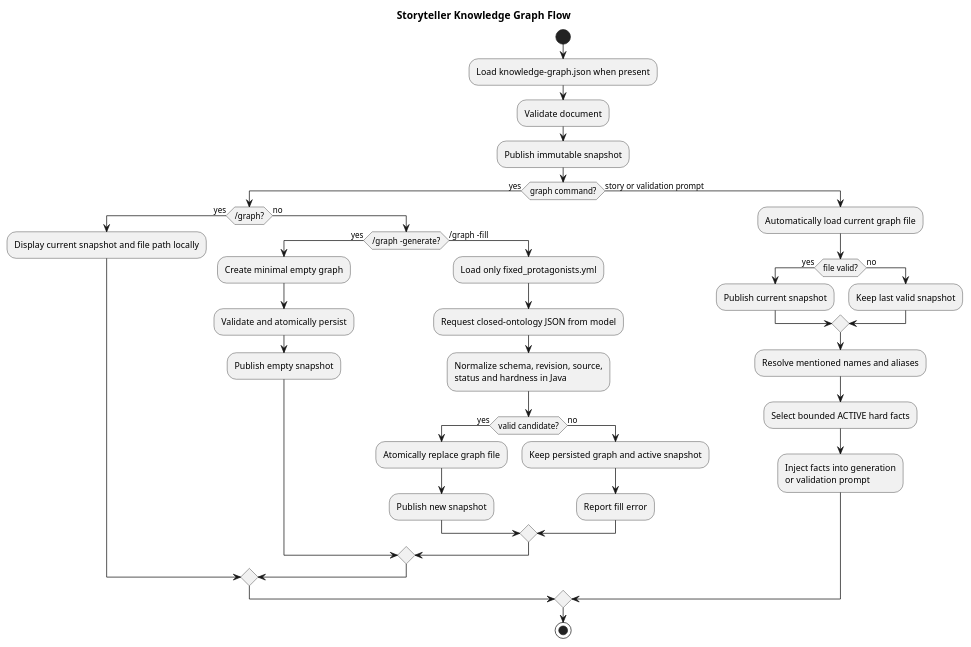
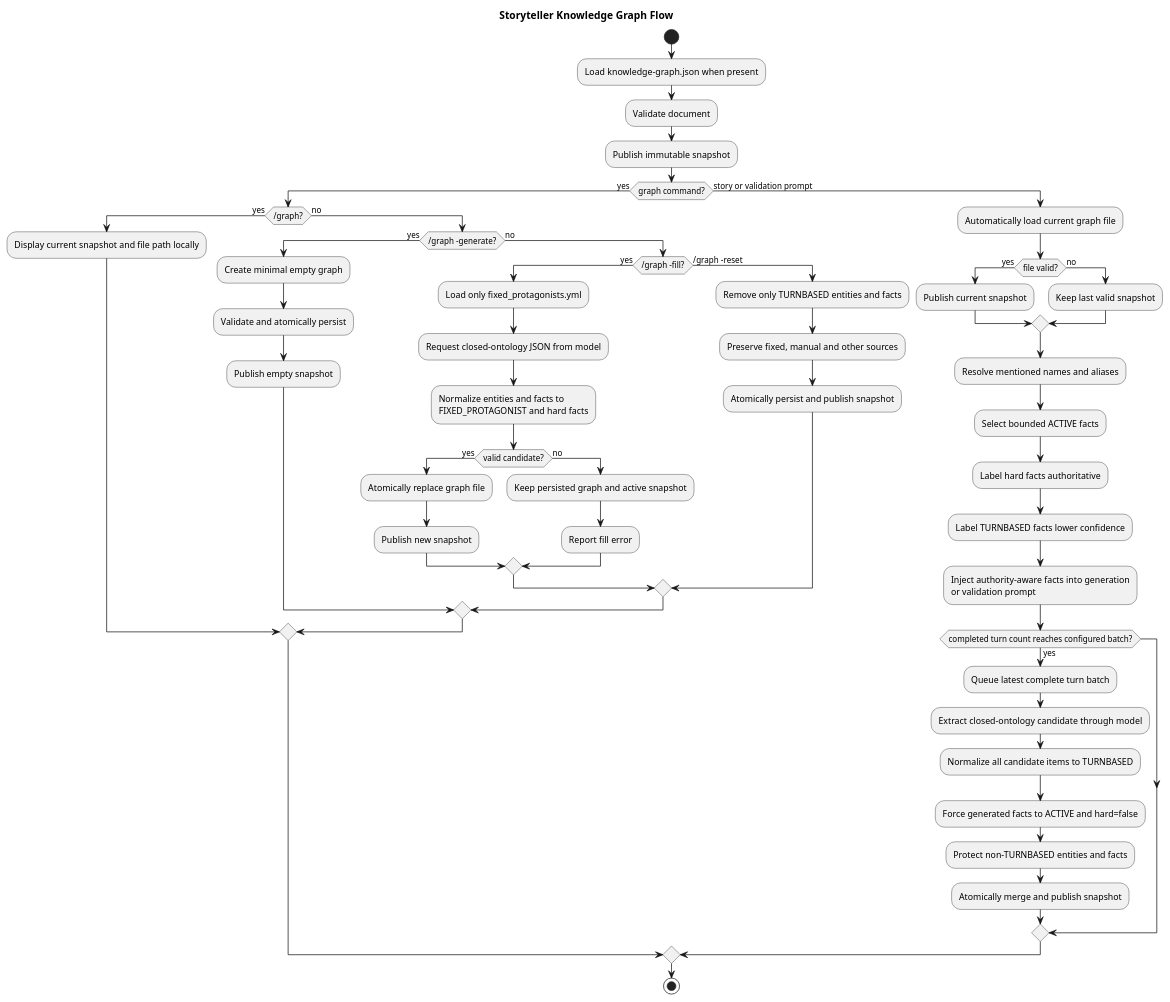
Before and after one commit to jbrugman/Assistant: the diagram in docs/architecture/02-b-storytelller-flow-design-graph.puml, drawn with PlantUML. The commit also changed 39 other files, not shown here.

Commit message:
turn-based graph items

```diff
--- a/docs/architecture/02-b-storytelller-flow-design-graph.puml
+++ b/docs/architecture/02-b-storytelller-flow-design-graph.puml
@@ -1,45 +1,61 @@
 @startuml
 title Storyteller Knowledge Graph Flow
 
 start
 :Load knowledge-graph.json when present;
 :Validate document;
 :Publish immutable snapshot;
 
 if (graph command?) then (yes)
   if (/graph?) then (yes)
     :Display current snapshot and file path locally;
   else (no)
     if (/graph -generate?) then (yes)
       :Create minimal empty graph;
       :Validate and atomically persist;
       :Publish empty snapshot;
-    else (/graph -fill)
-      :Load only fixed_protagonists.yml;
-      :Request closed-ontology JSON from model;
-      :Normalize schema, revision, source,
-      status and hardness in Java;
-      if (valid candidate?) then (yes)
-        :Atomically replace graph file;
-        :Publish new snapshot;
-      else (no)
-        :Keep persisted graph and active snapshot;
-        :Report fill error;
+    else (no)
+      if (/graph -fill?) then (yes)
+        :Load only fixed_protagonists.yml;
+        :Request closed-ontology JSON from model;
+        :Normalize entities and facts to
+        FIXED_PROTAGONIST and hard facts;
+        if (valid candidate?) then (yes)
+          :Atomically replace graph file;
+          :Publish new snapshot;
+        else (no)
+          :Keep persisted graph and active snapshot;
+          :Report fill error;
+        endif
+      else (/graph -reset)
+        :Remove only TURNBASED entities and facts;
+        :Preserve fixed, manual and other sources;
+        :Atomically persist and publish snapshot;
       endif
     endif
   endif
 else (story or validation prompt)
   :Automatically load current graph file;
   if (file valid?) then (yes)
     :Publish current snapshot;
   else (no)
     :Keep last valid snapshot;
   endif
   :Resolve mentioned names and aliases;
-  :Select bounded ACTIVE hard facts;
-  :Inject facts into generation
+  :Select bounded ACTIVE facts;
+  :Label hard facts authoritative;
+  :Label TURNBASED facts lower confidence;
+  :Inject authority-aware facts into generation
   or validation prompt;
+  if (completed turn count reaches configured batch?) then (yes)
+    :Queue latest complete turn batch;
+    :Extract closed-ontology candidate through model;
+    :Normalize all candidate items to TURNBASED;
+    :Force generated facts to ACTIVE and hard=false;
+    :Protect non-TURNBASED entities and facts;
+    :Atomically merge and publish snapshot;
+  endif
 endif
 
 stop
 @enduml
```
